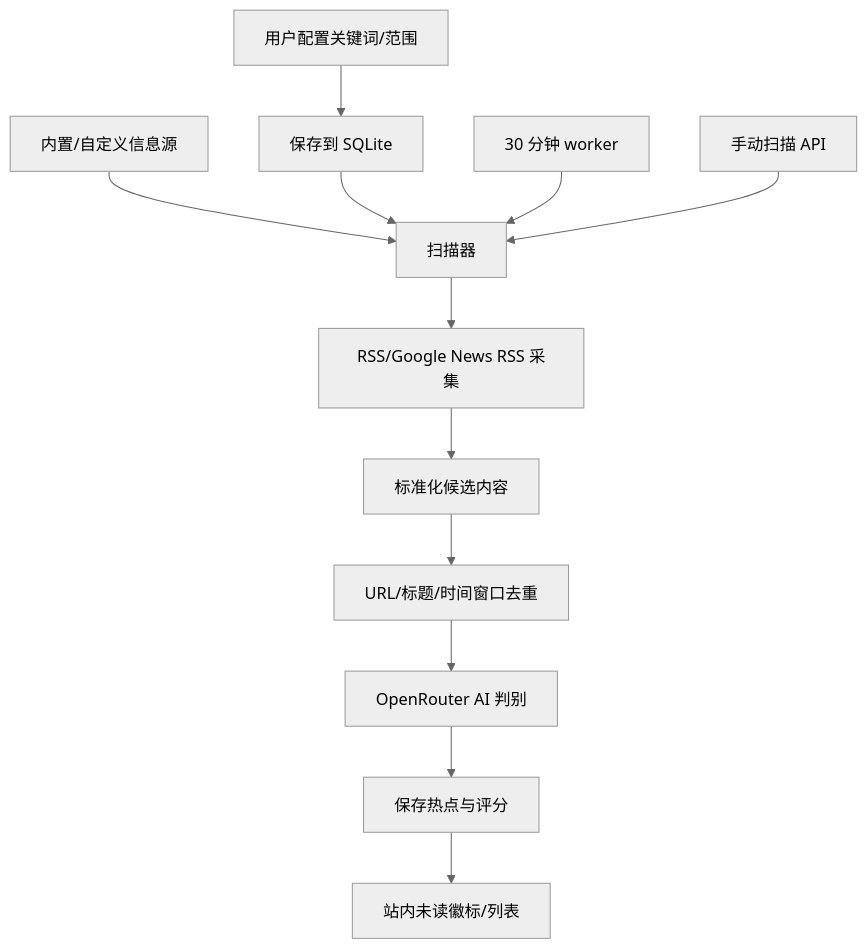
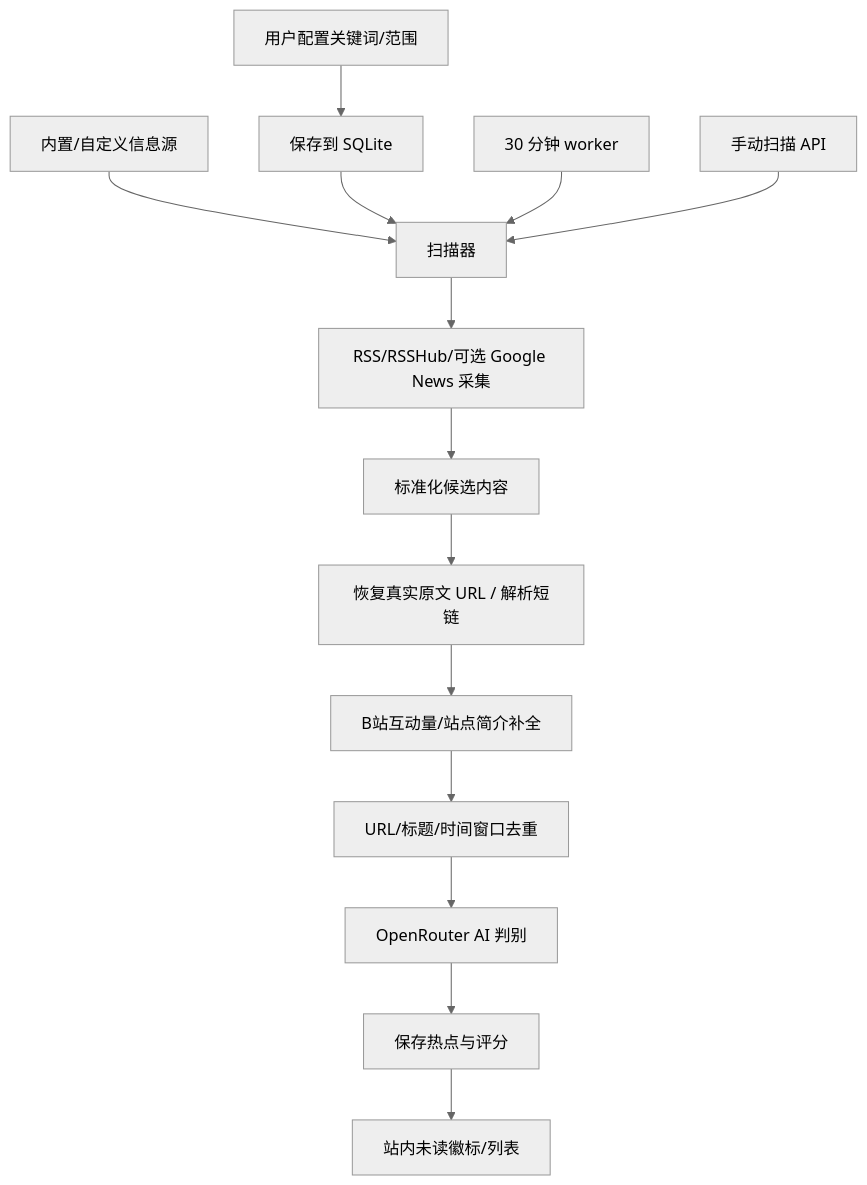
The diagram in docs/architecture.md (AUYEUNGSkate/-), drawn with Mermaid (neutral theme) before and after one commit. The commit also changed other lines of this file and 15 other files, not shown here.

````diff
--- a/docs/architecture.md
+++ b/docs/architecture.md
@@ -52,14 +52,16 @@
 ```mermaid
 flowchart TD
   A["用户配置关键词/范围"] --> B["保存到 SQLite"]
   C["内置/自定义信息源"] --> D["扫描器"]
   B --> D
   E["30 分钟 worker"] --> D
   F["手动扫描 API"] --> D
-  D --> G["RSS/Google News RSS 采集"]
+  D --> G["RSS/RSSHub/可选 Google News 采集"]
   G --> H["标准化候选内容"]
-  H --> I["URL/标题/时间窗口去重"]
-  I --> J["OpenRouter AI 判别"]
-  J --> K["保存热点与评分"]
-  K --> L["站内未读徽标/列表"]
+  H --> I["恢复真实原文 URL / 解析短链"]
+  I --> J["B站互动量/站点简介补全"]
+  J --> K["URL/标题/时间窗口去重"]
+  K --> L["OpenRouter AI 判别"]
+  L --> M["保存热点与评分"]
+  M --> N["站内未读徽标/列表"]
 ```
````
